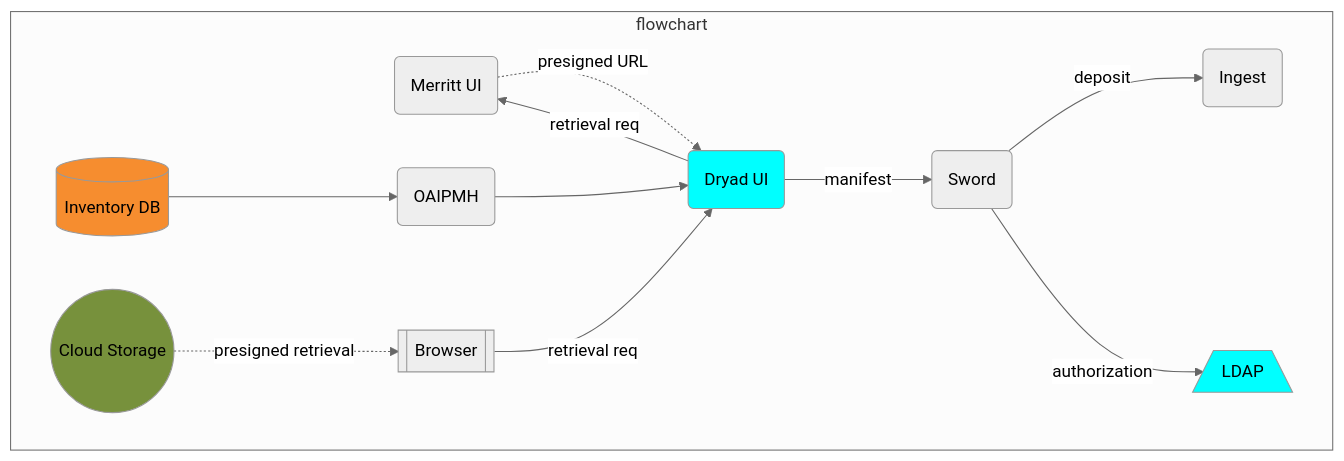
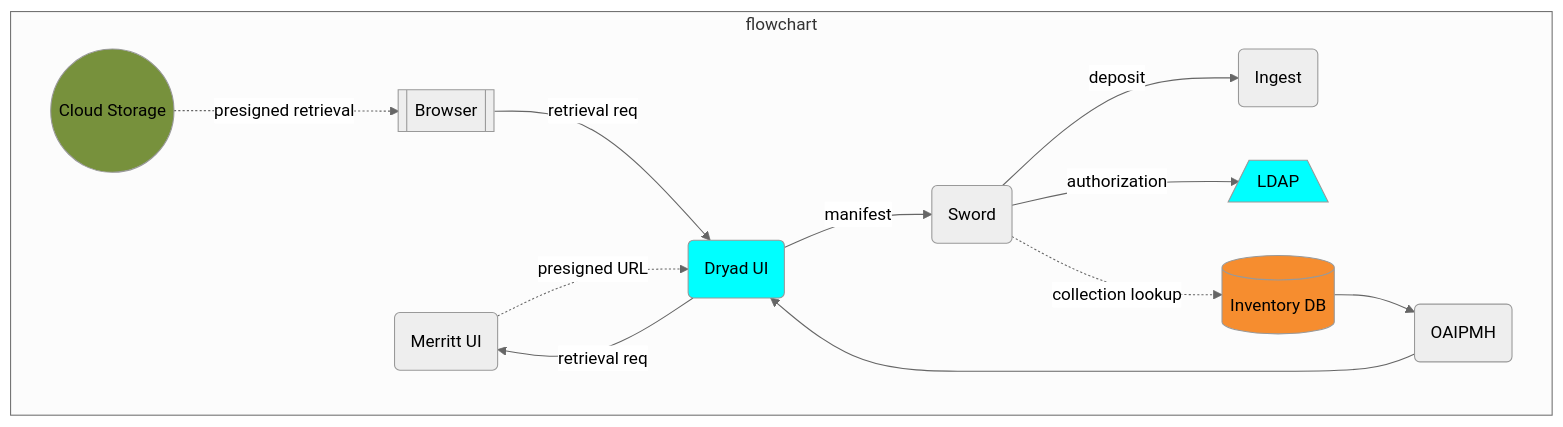
Before and after one commit to CDLUC3/mrt-doc: the diagram in diagrams/overview-dryad.mmd, drawn with Mermaid. The commit also changed 11 other files, not shown here.

```diff
--- a/diagrams/overview-dryad.mmd
+++ b/diagrams/overview-dryad.mmd
@@ -1,27 +1,28 @@
 %%{init: {'theme': 'neutral'}}%%
 graph TD
   UI(Merritt UI)
   DRYAD(Dryad UI)
   RDS[(Inventory DB)]
   CLOUD(("Cloud Storage"))
   LDAP[/LDAP\]
   SWORD(Sword)
   BROWSER[[Browser]]
   ING(Ingest)
 
   subgraph flowchart
     BROWSER --> |retrieval req| DRYAD
     DRYAD --> |retrieval req| UI
     UI -.-> |presigned URL| DRYAD
     DRYAD --> |manifest| SWORD
     SWORD --> |deposit| ING
     SWORD --> |authorization| LDAP
     RDS --> OAI
     OAI(OAIPMH)
     OAI --> DRYAD
     CLOUD -.-> |presigned retrieval| BROWSER
+    SWORD -.-> |collection lookup| RDS
   end
   style CLOUD fill:#77913C
   style RDS fill:#F68D2F
   style LDAP fill:cyan
   style DRYAD fill:cyan
```
